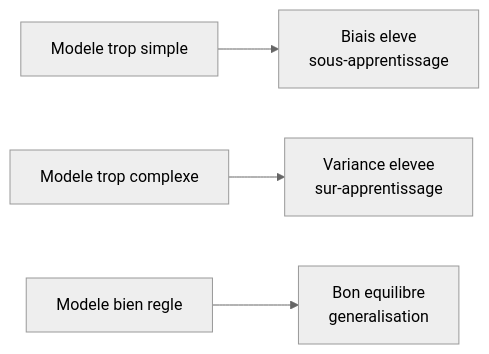
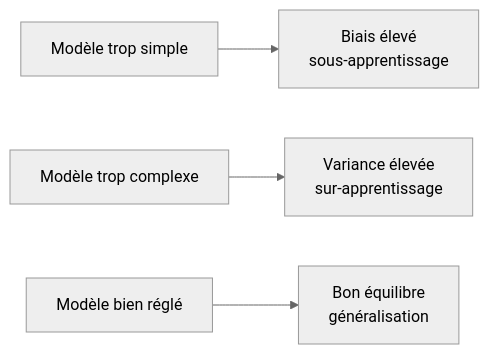
One commit to tanguychenier/Mathematiques-pour-le-Machine-Learning changed the fourth of 5 diagrams in chapitres/01-introduction-et-motivation.md. Above: the diagram before and after it, drawn with Mermaid (neutral theme). The commit also changed other lines of this file and 2 other files, not shown here.

Commit message:
docs(ch1): apply audit fixes, explain "linear", and wire up three diagrams

````diff
--- a/chapitres/01-introduction-et-motivation.md
+++ b/chapitres/01-introduction-et-motivation.md
@@ -255,6 +265,6 @@
 ```mermaid
 flowchart LR
-    S[Modele trop simple] --> SB[Biais eleve<br/>sous-apprentissage]
-    C[Modele trop complexe] --> CV[Variance elevee<br/>sur-apprentissage]
-    M[Modele bien regle] --> MM[Bon equilibre<br/>generalisation]
+    S["Modèle trop simple"] --> SB["Biais élevé<br/>sous-apprentissage"]
+    C["Modèle trop complexe"] --> CV["Variance élevée<br/>sur-apprentissage"]
+    M["Modèle bien réglé"] --> MM["Bon équilibre<br/>généralisation"]
 ```
````
